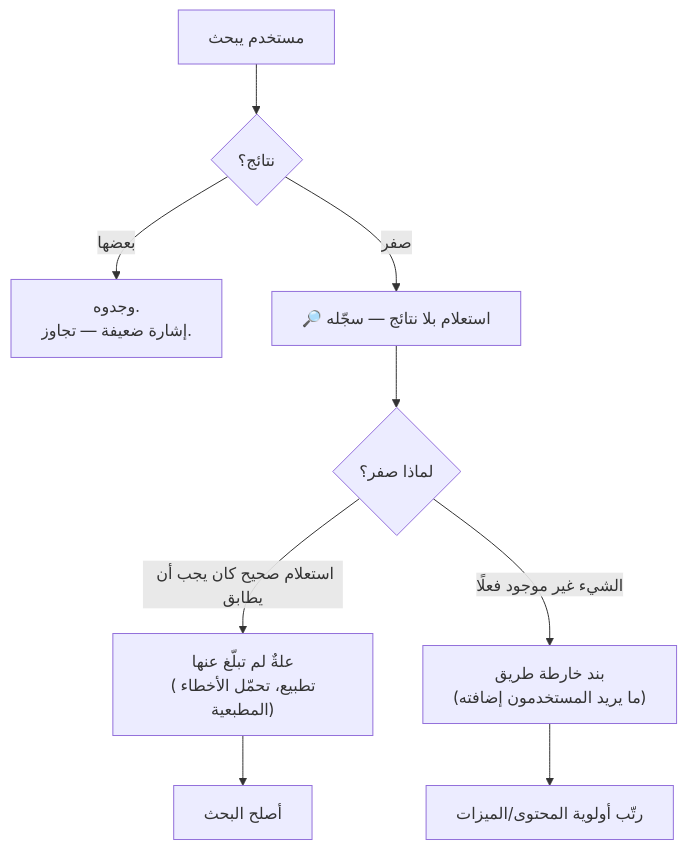
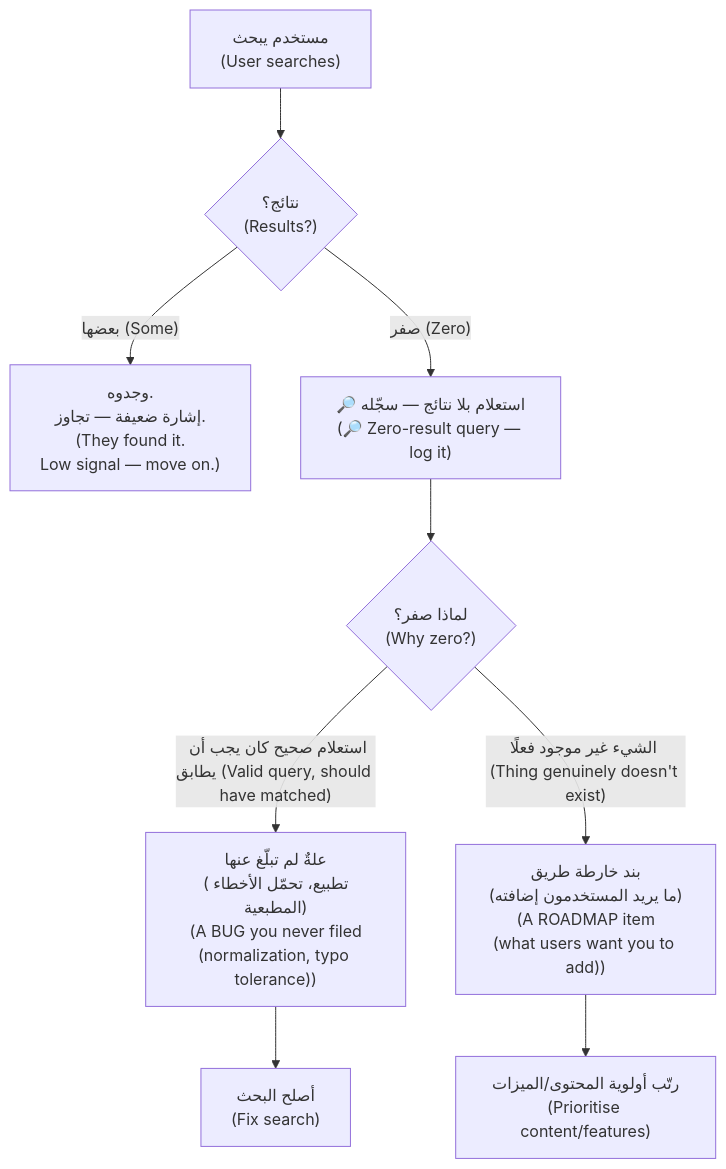
One commit to Tamoura/system-design-for-vibe-coders changed the third of 6 diagrams in modules/07-observability/module.ar.md. Above: the diagram before and after it, drawn with Mermaid. The commit also changed other lines of this file and 62 other files, not shown here.

First line of the commit message:
Arabic editions: English on every diagram label, RTL fixes, rebuild

````diff
--- a/modules/07-observability/module.ar.md
+++ b/modules/07-observability/module.ar.md
@@ -312,11 +312,11 @@
 ```mermaid
 flowchart TD
-    U["مستخدم يبحث"] --> R{"نتائج؟"}
-    R -->|"بعضها"| OK["وجدوه.<br/>إشارة ضعيفة — تجاوز."]
-    R -->|"صفر"| Z["🔎 استعلام بلا نتائج — سجّله"]
-    Z --> A{"لماذا صفر؟"}
-    A -->|"استعلام صحيح كان يجب أن يطابق"| BUG["علةٌ لم تبلّغ عنها<br/>(تطبيع، تحمّل الأخطاء المطبعية)"]
-    A -->|"الشيء غير موجود فعلًا"| ROAD["بند خارطة طريق<br/>(ما يريد المستخدمون إضافته)"]
-    BUG --> FIX["أصلح البحث"]
-    ROAD --> BUILD["رتّب أولوية المحتوى/الميزات"]
+    U["مستخدم يبحث<br/>(User searches)"] --> R{"نتائج؟<br/>(Results?)"}
+    R -->|"بعضها (Some)"| OK["وجدوه.<br/>إشارة ضعيفة — تجاوز.<br/>(They found it.<br/>Low signal — move on.)"]
+    R -->|"صفر (Zero)"| Z["🔎 استعلام بلا نتائج — سجّله<br/>(🔎 Zero-result query — log it)"]
+    Z --> A{"لماذا صفر؟<br/>(Why zero?)"}
+    A -->|"استعلام صحيح كان يجب أن يطابق (Valid query, should have matched)"| BUG["علةٌ لم تبلّغ عنها<br/>(تطبيع، تحمّل الأخطاء المطبعية)<br/>(A BUG you never filed<br/>(normalization, typo tolerance))"]
+    A -->|"الشيء غير موجود فعلًا (Thing genuinely doesn't exist)"| ROAD["بند خارطة طريق<br/>(ما يريد المستخدمون إضافته)<br/>(A ROADMAP item<br/>(what users want you to add))"]
+    BUG --> FIX["أصلح البحث<br/>(Fix search)"]
+    ROAD --> BUILD["رتّب أولوية المحتوى/الميزات<br/>(Prioritise content/features)"]
 ```
````
